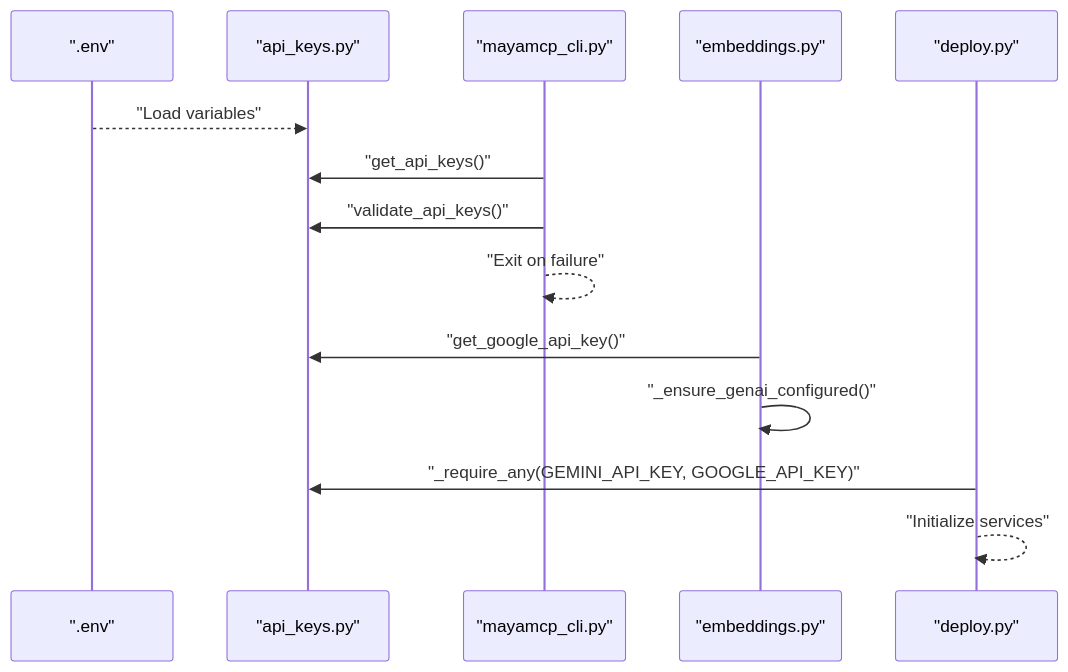
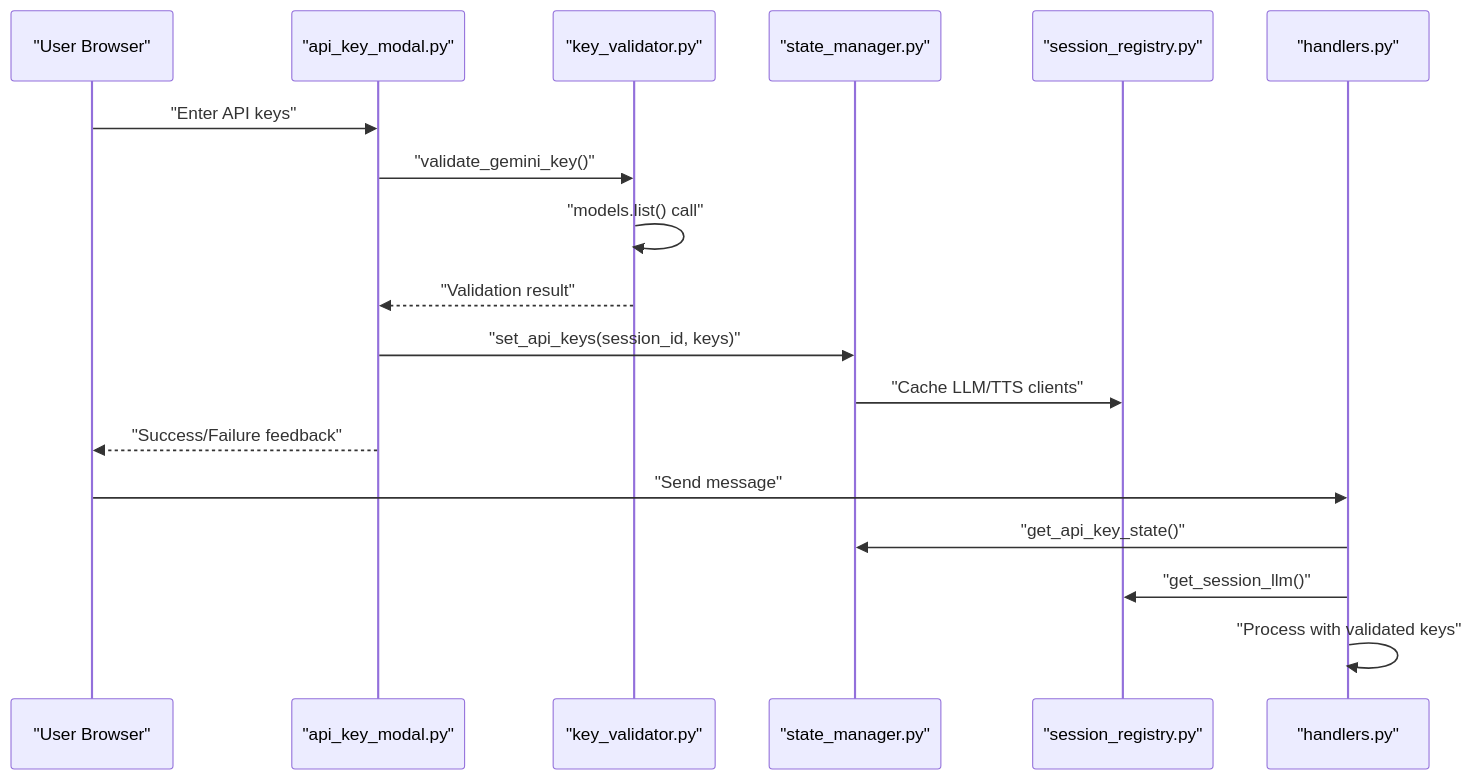
Before and after one commit to MOK-5-ha/MayaMCP: the second of 8 diagrams in .qoder/repowiki/en/content/Configuration Management/API Key Management.md, drawn with Mermaid. The commit also changed other lines of this file and 27 other files, not shown here.

````diff
--- a/.qoder/repowiki/en/content/Configuration Management/API Key Management.md
+++ b/.qoder/repowiki/en/content/Configuration Management/API Key Management.md
@@ -104,16 +134,20 @@
 ```mermaid
 sequenceDiagram
-participant Env as ".env"
-participant Loader as "api_keys.py"
-participant CLI as "mayamcp_cli.py"
-participant Embed as "embeddings.py"
-participant Deploy as "deploy.py"
-Env-->>Loader : "Load variables"
-CLI->>Loader : "get_api_keys()"
-CLI->>Loader : "validate_api_keys()"
-CLI-->>CLI : "Exit on failure"
-Embed->>Loader : "get_google_api_key()"
-Embed->>Embed : "_ensure_genai_configured()"
-Deploy->>Loader : "_require_any(GEMINI_API_KEY, GOOGLE_API_KEY)"
-Deploy-->>Deploy : "Initialize services"
+participant User as "User Browser"
+participant Modal as "api_key_modal.py"
+participant Validator as "key_validator.py"
+participant State as "state_manager.py"
+participant Registry as "session_registry.py"
+participant Handler as "handlers.py"
+User->>Modal : "Enter API keys"
+Modal->>Validator : "validate_gemini_key()"
+Validator->>Validator : "models.list() call"
+Validator-->>Modal : "Validation result"
+Modal->>State : "set_api_keys(session_id, keys)"
+State->>Registry : "Cache LLM/TTS clients"
+Modal-->>User : "Success/Failure feedback"
+User->>Handler : "Send message"
+Handler->>State : "get_api_key_state()"
+Handler->>Registry : "get_session_llm()"
+Handler->>Handler : "Process with validated keys"
 ```
````
